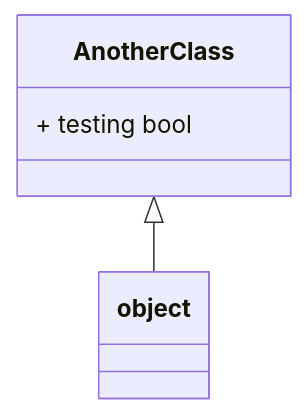
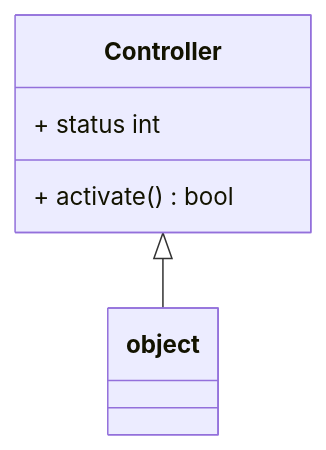
Before and after one commit to kesler20/draw-uml-backend: the second of 2 diagrams in tests/test_output/design_doc.md, drawn with Mermaid. The commit also changed other lines of this file and 35 other files, not shown here.

````diff
--- a/tests/test_output/design_doc.md
+++ b/tests/test_output/design_doc.md
@@ -31,5 +16,6 @@
 ```mermaid
 classDiagram
-   AnotherClass <|-- object
-   AnotherClass : + testing bool
+   Controller <|-- object
+   Controller : + status int
+   Controller : + activate() bool
 ```
````
